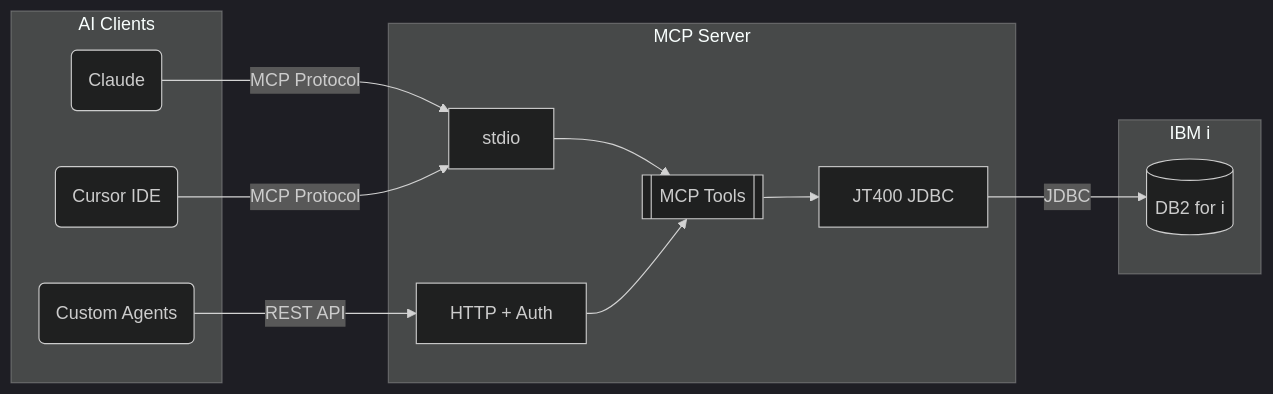
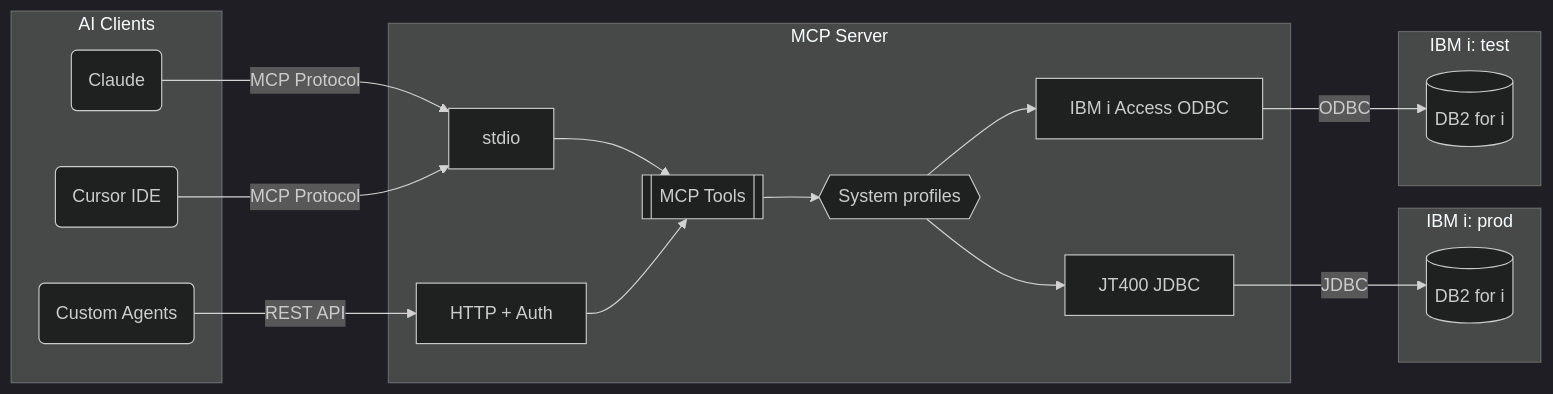
The diagram in README.md (Strom-Capital/mcp-server-db2i), drawn with Mermaid (dark theme) before and after one commit. The commit also changed other lines of this file and 37 other files, not shown here.

First line of the commit message:
feat: connect to multiple IBM i systems through profiles (#98)

````diff
--- a/README.md
+++ b/README.md
@@ -23,25 +23,33 @@
 ```mermaid
 graph LR
     subgraph clients ["AI Clients"]
         claude("Claude")
         cursor("Cursor IDE")
         agents("Custom Agents")
     end
 
     subgraph server ["MCP Server"]
         stdio["stdio"]
         http["HTTP + Auth"]
         tools[["MCP Tools"]]
+        profiles{{"System profiles"}}
         jdbc["JT400 JDBC"]
+        odbc["IBM i Access ODBC"]
     end
 
-    subgraph ibmi ["IBM i"]
-        db2[("DB2 for i")]
+    subgraph prod ["IBM i: prod"]
+        db2prod[("DB2 for i")]
+    end
+
+    subgraph test ["IBM i: test"]
+        db2test[("DB2 for i")]
     end
 
     claude & cursor -->|MCP Protocol| stdio
     agents -->|REST API| http
     stdio & http --> tools
-    tools --> jdbc
-    jdbc -->|JDBC| db2
+    tools --> profiles
+    profiles --> jdbc & odbc
+    jdbc -->|JDBC| db2prod
+    odbc -->|ODBC| db2test
 ```
````
